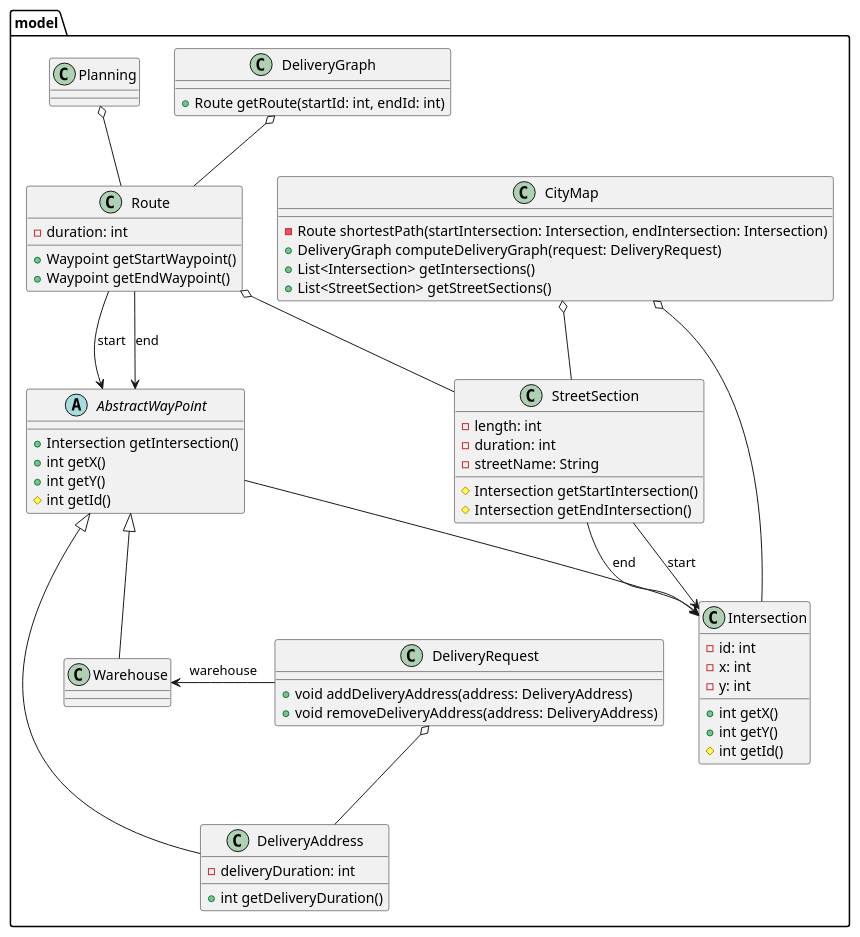
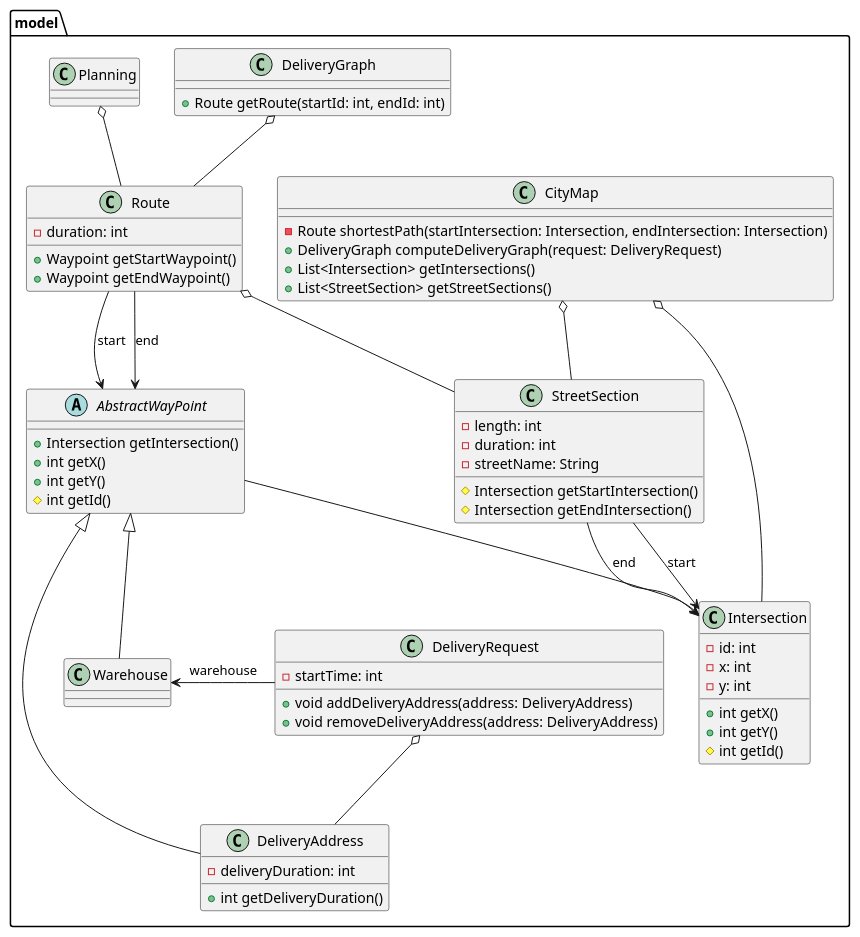
The diagram in docs/uml/package.model.puml (if-h4102/pld-agile), drawn with PlantUML before and after one commit. The commit also changed 5 other files, not shown here.

Commit message:
Ajout de la methode pour parser la cityMap, modification du diagramme de classe du modele en consequence

```diff
--- a/docs/uml/package.model.puml
+++ b/docs/uml/package.model.puml
@@ -1,81 +1,82 @@
 @startuml
 
 package model {
     class CityMap {
        -Route shortestPath(startIntersection: Intersection, endIntersection: Intersection)
        +DeliveryGraph computeDeliveryGraph(request: DeliveryRequest)
        +List<Intersection> getIntersections()
        +List<StreetSection> getStreetSections()
     }
 
     class DeliveryGraph {
         +Route getRoute(startId: int, endId: int)
     }
 
     class StreetSection {
         -length: int
         -duration: int
         -streetName: String
         #Intersection getStartIntersection()
         #Intersection getEndIntersection()
     }
 
     class Intersection {
         -id: int
         -x: int
         -y: int
         +int getX()
         +int getY()
         #int getId()
     }
 
     abstract class AbstractWayPoint {
         +Intersection getIntersection()
         +int getX()
         +int getY()
         #int getId()
     }
 
     class DeliveryAddress {
         -deliveryDuration: int
 '        -deliveryIntervalStart: int
 '        -deliveryIntervalEnd: int
         +int getDeliveryDuration()
     }
 
     class Warehouse {
     }
 
     class DeliveryRequest {
+        -startTime: int
         +void addDeliveryAddress(address: DeliveryAddress)
         +void removeDeliveryAddress(address: DeliveryAddress)
     }
 
     class Planning {
     }
 
     class Route {
         -duration: int
         +Waypoint getStartWaypoint()
         +Waypoint getEndWaypoint()
     }
 
     CityMap o-- StreetSection
     CityMap o-- Intersection
     AbstractWayPoint --> Intersection
     StreetSection --> Intersection : end
     StreetSection --> Intersection : start
     Route o-- StreetSection
     Route --> AbstractWayPoint : end
     Route --> AbstractWayPoint : start
     AbstractWayPoint <|-- DeliveryAddress
     AbstractWayPoint <|-- Warehouse
     DeliveryRequest o-- DeliveryAddress
     DeliveryRequest -left-> Warehouse : warehouse
     DeliveryGraph o-- Route
     Planning o-- Route
 }
 
 
 
 @enduml
```
